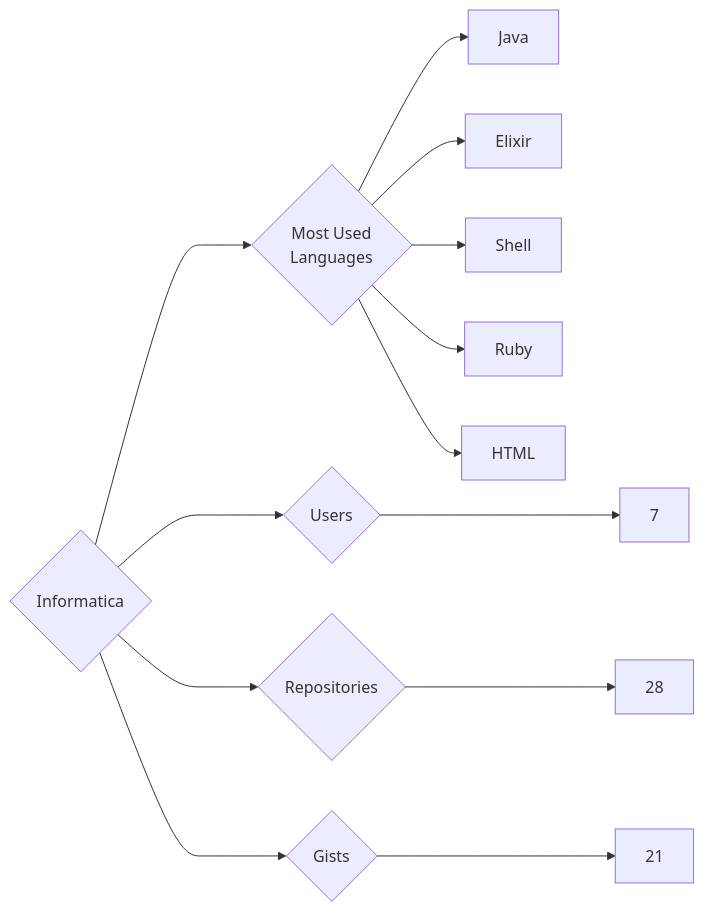
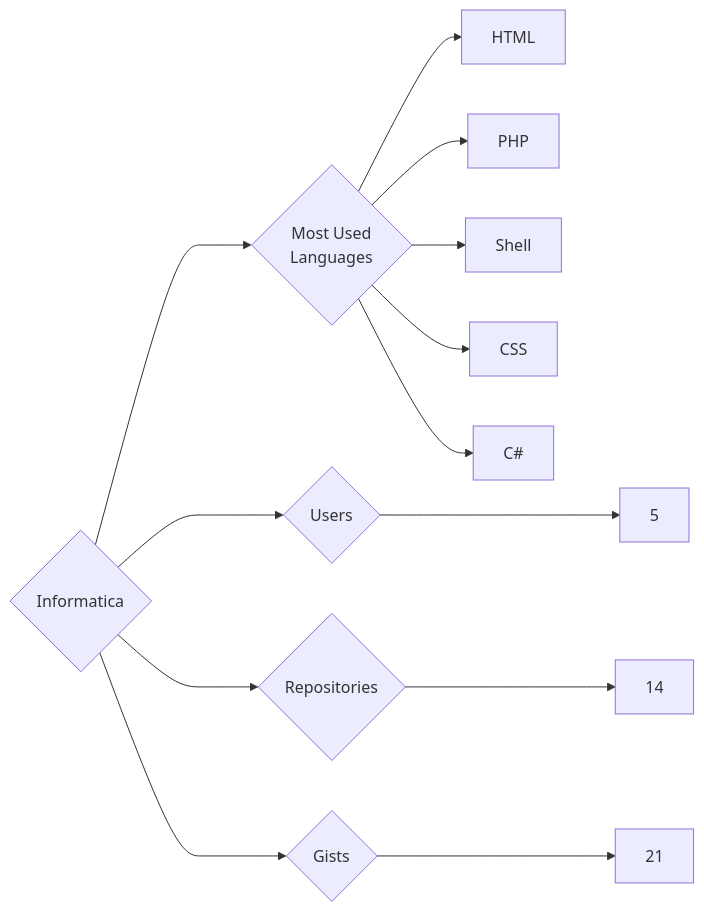
The diagram in targets/Informatica/README.md (trickest/insiders), drawn with Mermaid before and after one commit. The commit also changed 676 other files, not shown here.

````diff
--- a/targets/Informatica/README.md
+++ b/targets/Informatica/README.md
@@ -3,13 +3,13 @@
 ```mermaid
 graph LR
 COMPANY_NAME{Informatica}
-COMPANY_NAME ---> U{Users} ---> UN[7]
-COMPANY_NAME ---> R{Repositories} ---> RN[28]
+COMPANY_NAME ---> U{Users} ---> UN[5]
+COMPANY_NAME ---> R{Repositories} ---> RN[14]
 COMPANY_NAME ---> G{Gists} ---> GN[21]
 COMPANY_NAME ---> ML{Most Used<br>Languages}
-ML --> Java[Java]
-ML --> Elixir[Elixir]
+ML --> HTML[HTML]
+ML --> PHP[PHP]
 ML --> Shell[Shell]
-ML --> Ruby[Ruby]
-ML --> HTML[HTML]
+ML --> CSS[CSS]
+ML --> C#[C#]
 ```
````
